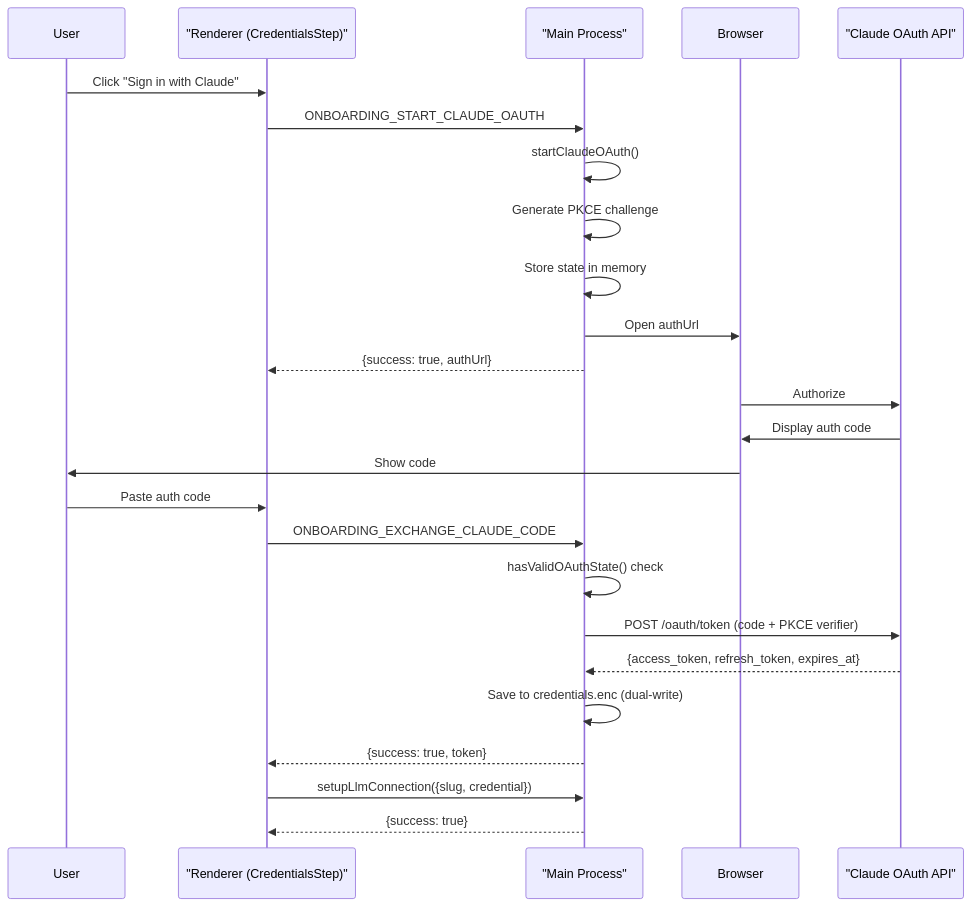
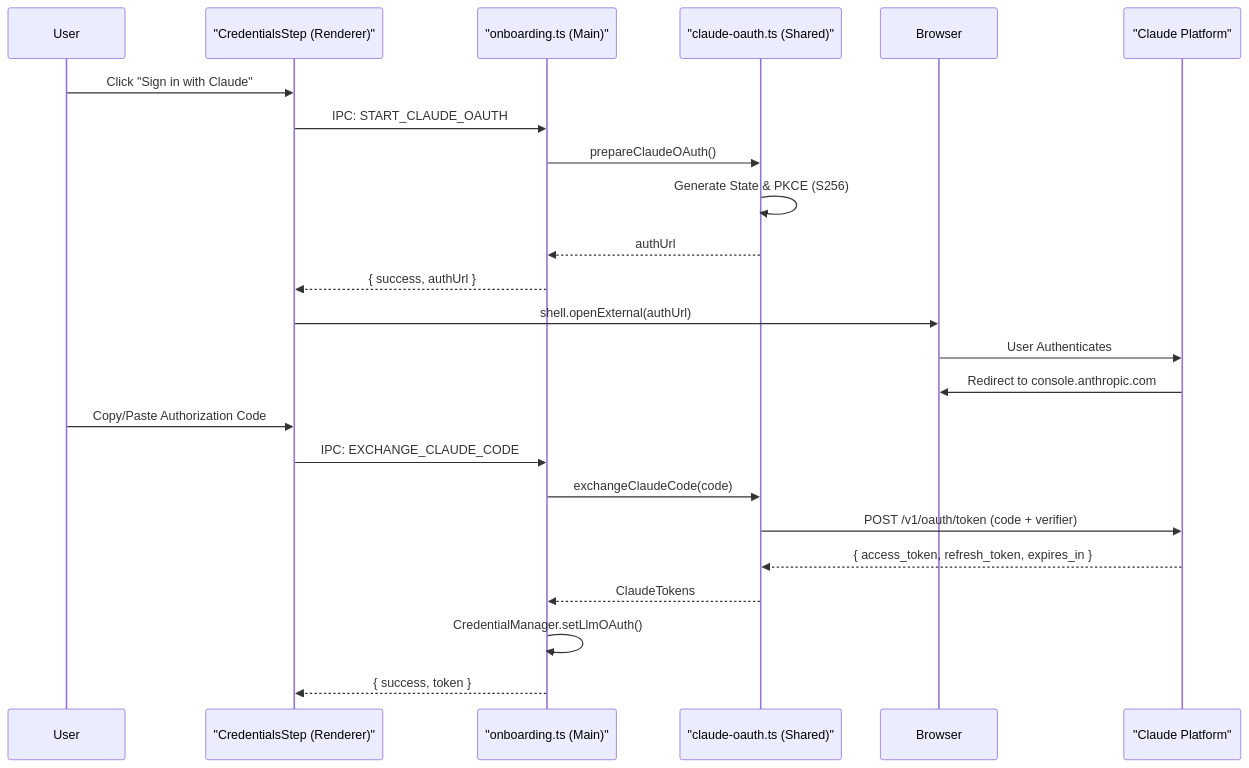
The second of 2 diagrams in docs/lukilabs_craft-agents-oss/getting-started/authentication-setup.md (blackcater/zentree), drawn with Mermaid before and after one commit. The commit also changed other lines of this file and 232 other files, not shown here.

````diff
--- a/docs/lukilabs_craft-agents-oss/getting-started/authentication-setup.md
+++ b/docs/lukilabs_craft-agents-oss/getting-started/authentication-setup.md
@@ -192,31 +140,29 @@
 ```mermaid
 sequenceDiagram
     participant User
-    participant Renderer as "Renderer (CredentialsStep)"
-    participant Main as "Main Process"
+    participant Renderer as "CredentialsStep (Renderer)"
+    participant Main as "onboarding.ts (Main)"
+    participant Shared as "claude-oauth.ts (Shared)"
     participant Browser
-    participant ClaudeAPI as "Claude OAuth API"
-
+    participant Claude as "Claude Platform"
+    
     User->>Renderer: Click "Sign in with Claude"
-    Renderer->>Main: ONBOARDING_START_CLAUDE_OAUTH
-    Main->>Main: startClaudeOAuth()
-    Main->>Main: Generate PKCE challenge
-    Main->>Main: Store state in memory
-    Main->>Browser: Open authUrl
-    Main-->>Renderer: {success: true, authUrl}
-
-    Browser->>ClaudeAPI: Authorize
-    ClaudeAPI->>Browser: Display auth code
-    Browser->>User: Show code
-
-    User->>Renderer: Paste auth code
-    Renderer->>Main: ONBOARDING_EXCHANGE_CLAUDE_CODE
-    Main->>Main: hasValidOAuthState() check
-    Main->>ClaudeAPI: POST /oauth/token (code + PKCE verifier)
-    ClaudeAPI-->>Main: {access_token, refresh_token, expires_at}
-    Main->>Main: Save to credentials.enc (dual-write)
-    Main-->>Renderer: {success: true, token}
-
-    Renderer->>Main: setupLlmConnection({slug, credential})
-    Main-->>Renderer: {success: true}
+    Renderer->>Main: IPC: START_CLAUDE_OAUTH
+    Main->>Shared: prepareClaudeOAuth()
+    Shared->>Shared: Generate State & PKCE (S256)
+    Shared-->>Main: authUrl
+    Main-->>Renderer: { success, authUrl }
+    Renderer->>Browser: shell.openExternal(authUrl)
+    
+    Browser->>Claude: User Authenticates
+    Claude->>Browser: Redirect to console.anthropic.com
+    User->>Renderer: Copy/Paste Authorization Code
+    
+    Renderer->>Main: IPC: EXCHANGE_CLAUDE_CODE
+    Main->>Shared: exchangeClaudeCode(code)
+    Shared->>Claude: POST /v1/oauth/token (code + verifier)
+    Claude-->>Shared: { access_token, refresh_token, expires_in }
+    Shared-->>Main: ClaudeTokens
+    Main->>Main: CredentialManager.setLlmOAuth()
+    Main-->>Renderer: { success, token }
 ```
````
